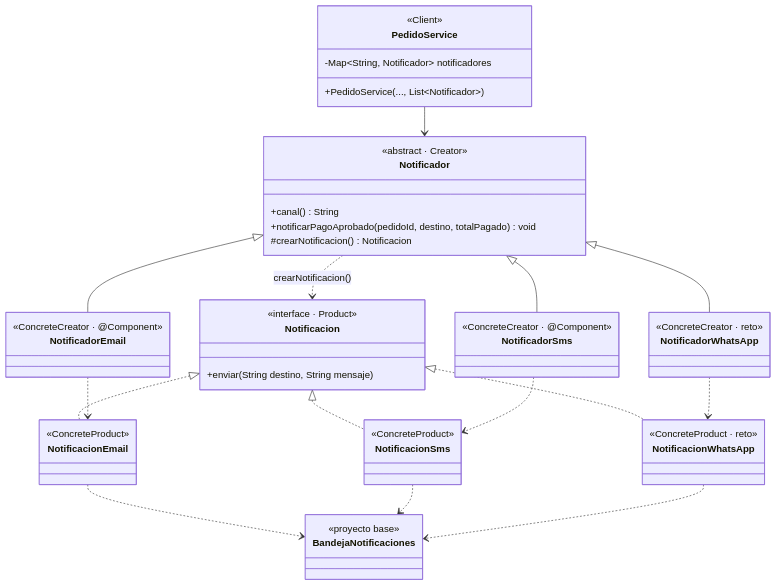
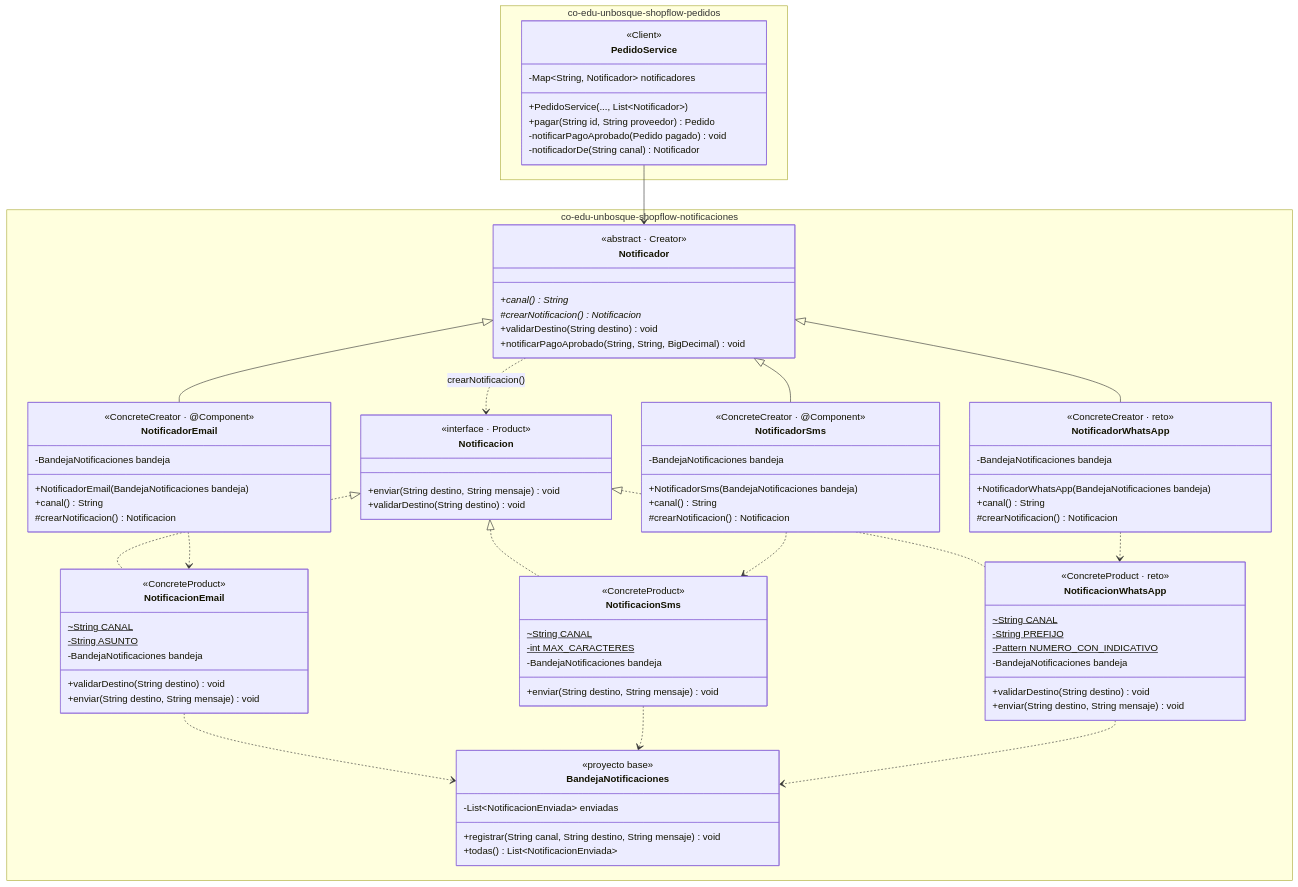
Before and after one commit to rc-0105/shopflow-patrones-diseno: the sixth of 6 diagrams in README.md, drawn with Mermaid. The commit also changed other lines of this file, not shown here.

Commit message:
Completar diagramas de clases

````diff
--- a/README.md
+++ b/README.md
@@ -363,40 +589,79 @@
 ```mermaid
 classDiagram
-    class Notificacion {
-        <<interface · Product>>
-        +enviar(String destino, String mensaje)
+    namespace co-edu-unbosque-shopflow-notificaciones {
+        class Notificacion {
+            <<interface · Product>>
+            +enviar(String destino, String mensaje) void
+            +validarDestino(String destino) void
+        }
+        class NotificacionEmail {
+            <<ConcreteProduct>>
+            ~String CANAL$
+            -String ASUNTO$
+            -BandejaNotificaciones bandeja
+            +validarDestino(String destino) void
+            +enviar(String destino, String mensaje) void
+        }
+        class NotificacionSms {
+            <<ConcreteProduct>>
+            ~String CANAL$
+            -int MAX_CARACTERES$
+            -BandejaNotificaciones bandeja
+            +enviar(String destino, String mensaje) void
+        }
+        class NotificacionWhatsApp {
+            <<ConcreteProduct · reto>>
+            ~String CANAL$
+            -String PREFIJO$
+            -Pattern NUMERO_CON_INDICATIVO$
+            -BandejaNotificaciones bandeja
+            +validarDestino(String destino) void
+            +enviar(String destino, String mensaje) void
+        }
+        class Notificador {
+            <<abstract · Creator>>
+            +canal()* String
+            #crearNotificacion()* Notificacion
+            +validarDestino(String destino) void
+            +notificarPagoAprobado(String, String, BigDecimal) void
+        }
+        class NotificadorEmail {
+            <<ConcreteCreator · @Component>>
+            -BandejaNotificaciones bandeja
+            +NotificadorEmail(BandejaNotificaciones bandeja)
+            +canal() String
+            #crearNotificacion() Notificacion
+        }
+        class NotificadorSms {
+            <<ConcreteCreator · @Component>>
+            -BandejaNotificaciones bandeja
+            +NotificadorSms(BandejaNotificaciones bandeja)
+            +canal() String
+            #crearNotificacion() Notificacion
+        }
+        class NotificadorWhatsApp {
+            <<ConcreteCreator · reto>>
+            -BandejaNotificaciones bandeja
+            +NotificadorWhatsApp(BandejaNotificaciones bandeja)
+            +canal() String
+            #crearNotificacion() Notificacion
+        }
+        class BandejaNotificaciones {
+            <<proyecto base>>
+            -List~NotificacionEnviada~ enviadas
+            +registrar(String canal, String destino, String mensaje) void
+            +todas() List~NotificacionEnviada~
+        }
     }
-    class NotificacionEmail {
-        <<ConcreteProduct>>
-    }
-    class NotificacionSms {
-        <<ConcreteProduct>>
-    }
-    class NotificacionWhatsApp {
-        <<ConcreteProduct · reto>>
-    }
-    class Notificador {
-        <<abstract · Creator>>
-        +canal() String
-        +notificarPagoAprobado(pedidoId, destino, totalPagado) void
-        #crearNotificacion() Notificacion
-    }
-    class NotificadorEmail {
-        <<ConcreteCreator · @Component>>
-    }
-    class NotificadorSms {
-        <<ConcreteCreator · @Component>>
-    }
-    class NotificadorWhatsApp {
-        <<ConcreteCreator · reto>>
-    }
-    class PedidoService {
-        <<Client>>
-        -Map~String, Notificador~ notificadores
-        +PedidoService(..., List~Notificador~)
-    }
-    class BandejaNotificaciones {
-        <<proyecto base>>
+    namespace co-edu-unbosque-shopflow-pedidos {
+        class PedidoService {
+            <<Client>>
+            -Map~String, Notificador~ notificadores
+            +PedidoService(..., List~Notificador~)
+            +pagar(String id, String proveedor) Pedido
+            -notificarPagoAprobado(Pedido pagado) void
+            -notificadorDe(String canal) Notificador
+        }
     }
     Notificacion <|.. NotificacionEmail
     Notificacion <|.. NotificacionSms
````
